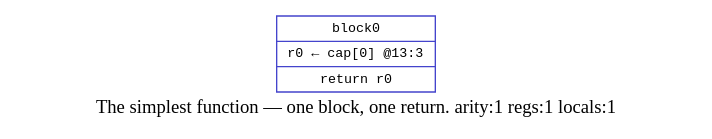
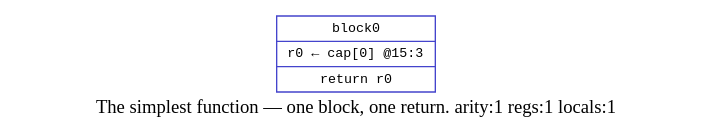
The diagram in demos/cfgviz/identity.dot (elle-lisp/elle), drawn with Graphviz before and after one commit. The commit also changed 39 other files, not shown here.

```diff
--- a/demos/cfgviz/identity.dot
+++ b/demos/cfgviz/identity.dot
@@ -1,5 +1,5 @@
 digraph {
   label="The simplest function — one block, one return. arity:1 regs:1 locals:1";
   node [shape=record fontname="monospace" fontsize=10];
-  block0 [color="#4444cc" label="{block0|r0 ← cap[0] @13:3\l|return r0}"];
+  block0 [color="#4444cc" label="{block0|r0 ← cap[0] @15:3\l|return r0}"];
 }
```
